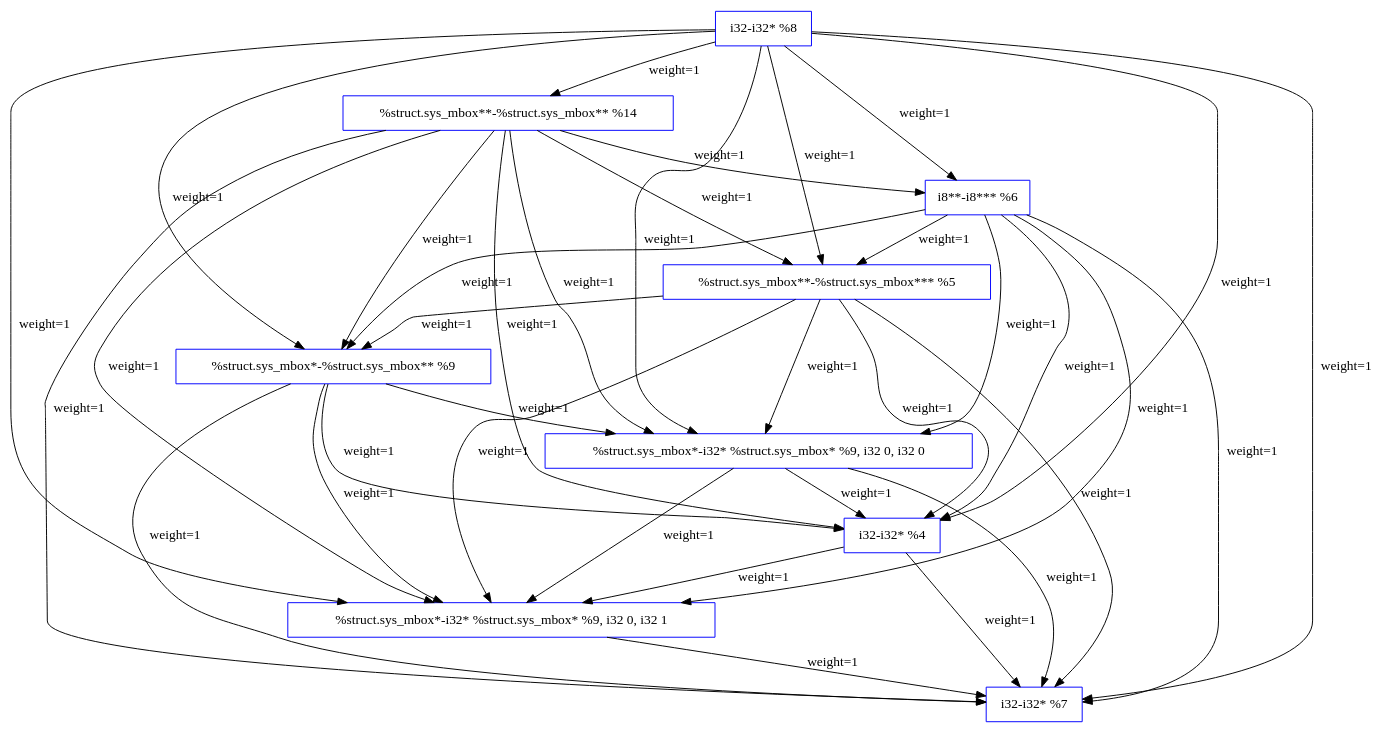
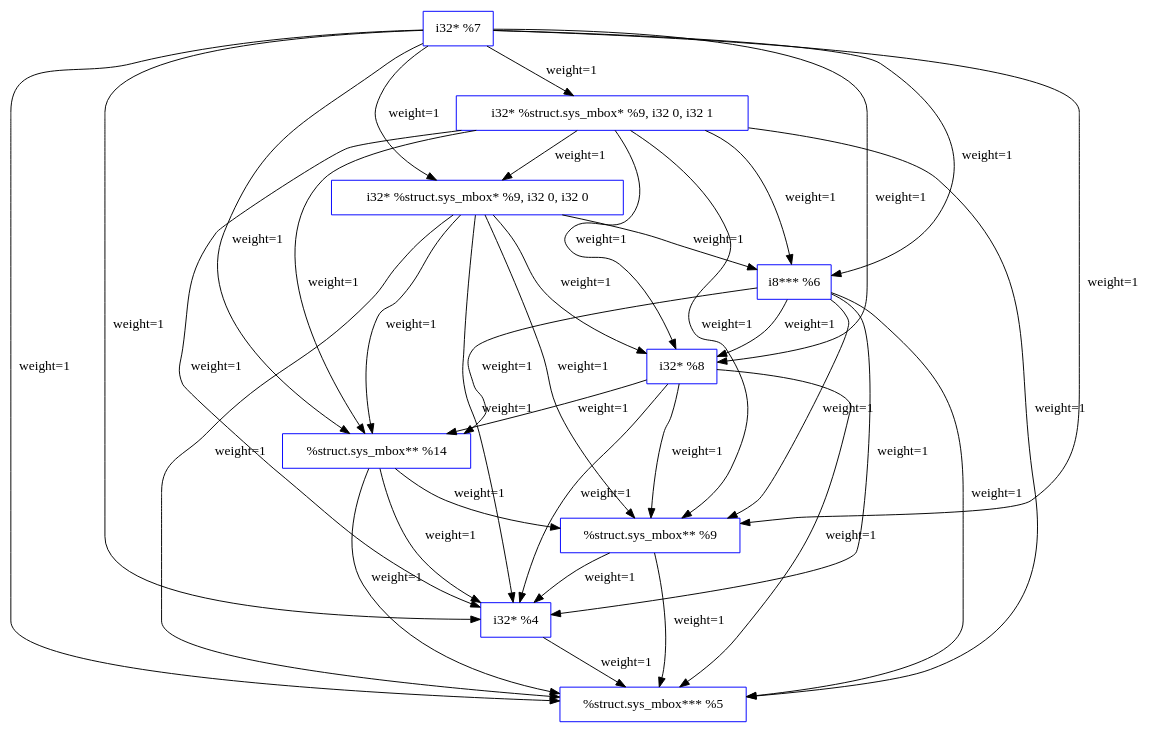
Before and after one commit to albaq77/GenerateDFG: the diagram in input/lwip/sys_arch_mbox_fetch_variable_access_graph.dot, drawn with Graphviz. The commit also changed 187 other files, not shown here.

```diff
--- a/input/lwip/sys_arch_mbox_fetch_variable_access_graph.dot
+++ b/input/lwip/sys_arch_mbox_fetch_variable_access_graph.dot
@@ -1,47 +1,47 @@
 strict digraph sys_arch_mbox_fetch {
-  1 [label="%struct.sys_mbox**-%struct.sys_mbox** %14", size=1064, color=blue, shape=record];
-  2 [label="%struct.sys_mbox**-%struct.sys_mbox*** %5", size=1064, color=blue, shape=record];
-  3 [label="%struct.sys_mbox*-%struct.sys_mbox** %9", size=1064, color=blue, shape=record];
-  4 [label="%struct.sys_mbox*-i32* %struct.sys_mbox* %9, i32 0, i32 0", size=4, color=blue, shape=record];
-  5 [label="%struct.sys_mbox*-i32* %struct.sys_mbox* %9, i32 0, i32 1", size=4, color=blue, shape=record];
-  6 [label="i32-i32* %4", size=4, color=blue, shape=record];
-  7 [label="i32-i32* %7", size=4, color=blue, shape=record];
-  8 [label="i32-i32* %8", size=4, color=blue, shape=record];
-  9 [label="i8**-i8*** %6", size=1, color=blue, shape=record];
+  1 [label="%struct.sys_mbox** %14", size=1064, color=blue, shape=record];
+  2 [label="%struct.sys_mbox** %9", size=1064, color=blue, shape=record];
+  3 [label="%struct.sys_mbox*** %5", size=1064, color=blue, shape=record];
+  4 [label="i32* %4", size=4, color=blue, shape=record];
+  5 [label="i32* %7", size=4, color=blue, shape=record];
+  6 [label="i32* %8", size=4, color=blue, shape=record];
+  7 [label="i32* %struct.sys_mbox* %9, i32 0, i32 0", size=4, color=blue, shape=record];
+  8 [label="i32* %struct.sys_mbox* %9, i32 0, i32 1", size=4, color=blue, shape=record];
+  9 [label="i8*** %6", size=1, color=blue, shape=record];
+  9 -> 3 [label="weight=1", weight="1"];
+  5 -> 3 [label="weight=1", weight="1"];
+  5 -> 9 [label="weight=1", weight="1"];
+  6 -> 3 [label="weight=1", weight="1"];
+  9 -> 6 [label="weight=1", weight="1"];
+  5 -> 6 [label="weight=1", weight="1"];
+  1 -> 3 [label="weight=1", weight="1"];
+  9 -> 1 [label="weight=1", weight="1"];
+  5 -> 1 [label="weight=1", weight="1"];
+  6 -> 1 [label="weight=1", weight="1"];
+  2 -> 3 [label="weight=1", weight="1"];
   9 -> 2 [label="weight=1", weight="1"];
-  2 -> 7 [label="weight=1", weight="1"];
-  9 -> 7 [label="weight=1", weight="1"];
+  5 -> 2 [label="weight=1", weight="1"];
+  6 -> 2 [label="weight=1", weight="1"];
+  1 -> 2 [label="weight=1", weight="1"];
+  7 -> 3 [label="weight=1", weight="1"];
+  7 -> 9 [label="weight=1", weight="1"];
+  5 -> 7 [label="weight=1", weight="1"];
+  7 -> 6 [label="weight=1", weight="1"];
+  7 -> 1 [label="weight=1", weight="1"];
+  7 -> 2 [label="weight=1", weight="1"];
+  8 -> 3 [label="weight=1", weight="1"];
+  8 -> 9 [label="weight=1", weight="1"];
+  5 -> 8 [label="weight=1", weight="1"];
+  8 -> 6 [label="weight=1", weight="1"];
+  8 -> 1 [label="weight=1", weight="1"];
   8 -> 2 [label="weight=1", weight="1"];
-  8 -> 9 [label="weight=1", weight="1"];
   8 -> 7 [label="weight=1", weight="1"];
-  1 -> 2 [label="weight=1", weight="1"];
-  1 -> 9 [label="weight=1", weight="1"];
-  1 -> 7 [label="weight=1", weight="1"];
-  8 -> 1 [label="weight=1", weight="1"];
-  2 -> 3 [label="weight=1", weight="1"];
-  9 -> 3 [label="weight=1", weight="1"];
-  3 -> 7 [label="weight=1", weight="1"];
-  8 -> 3 [label="weight=1", weight="1"];
-  1 -> 3 [label="weight=1", weight="1"];
+  4 -> 3 [label="weight=1", weight="1"];
+  9 -> 4 [label="weight=1", weight="1"];
+  5 -> 4 [label="weight=1", weight="1"];
+  6 -> 4 [label="weight=1", weight="1"];
+  1 -> 4 [label="weight=1", weight="1"];
   2 -> 4 [label="weight=1", weight="1"];
-  9 -> 4 [label="weight=1", weight="1"];
-  4 -> 7 [label="weight=1", weight="1"];
+  7 -> 4 [label="weight=1", weight="1"];
   8 -> 4 [label="weight=1", weight="1"];
-  1 -> 4 [label="weight=1", weight="1"];
-  3 -> 4 [label="weight=1", weight="1"];
-  2 -> 5 [label="weight=1", weight="1"];
-  9 -> 5 [label="weight=1", weight="1"];
-  5 -> 7 [label="weight=1", weight="1"];
-  8 -> 5 [label="weight=1", weight="1"];
-  1 -> 5 [label="weight=1", weight="1"];
-  3 -> 5 [label="weight=1", weight="1"];
-  4 -> 5 [label="weight=1", weight="1"];
-  2 -> 6 [label="weight=1", weight="1"];
-  9 -> 6 [label="weight=1", weight="1"];
-  6 -> 7 [label="weight=1", weight="1"];
-  8 -> 6 [label="weight=1", weight="1"];
-  1 -> 6 [label="weight=1", weight="1"];
-  3 -> 6 [label="weight=1", weight="1"];
-  4 -> 6 [label="weight=1", weight="1"];
-  6 -> 5 [label="weight=1", weight="1"];
 }
```
